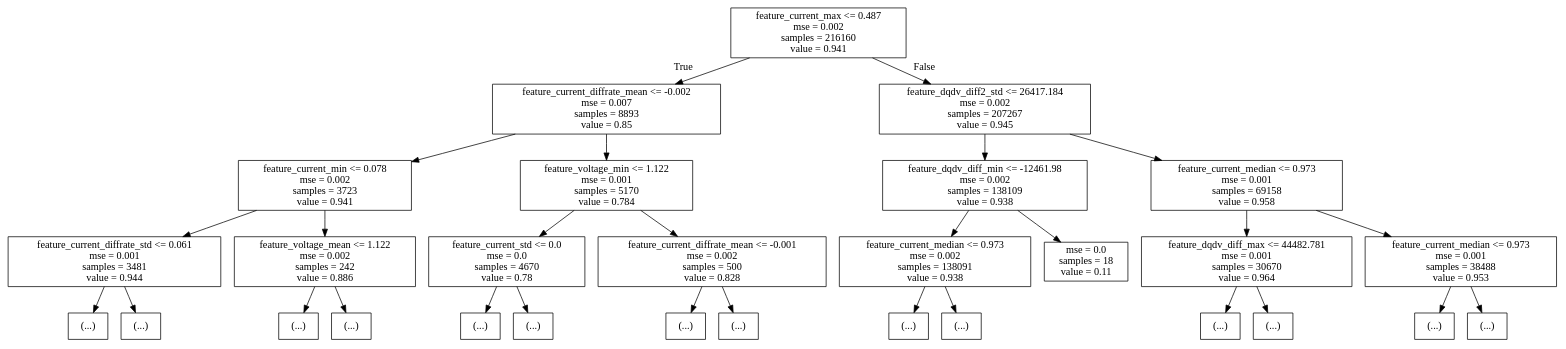
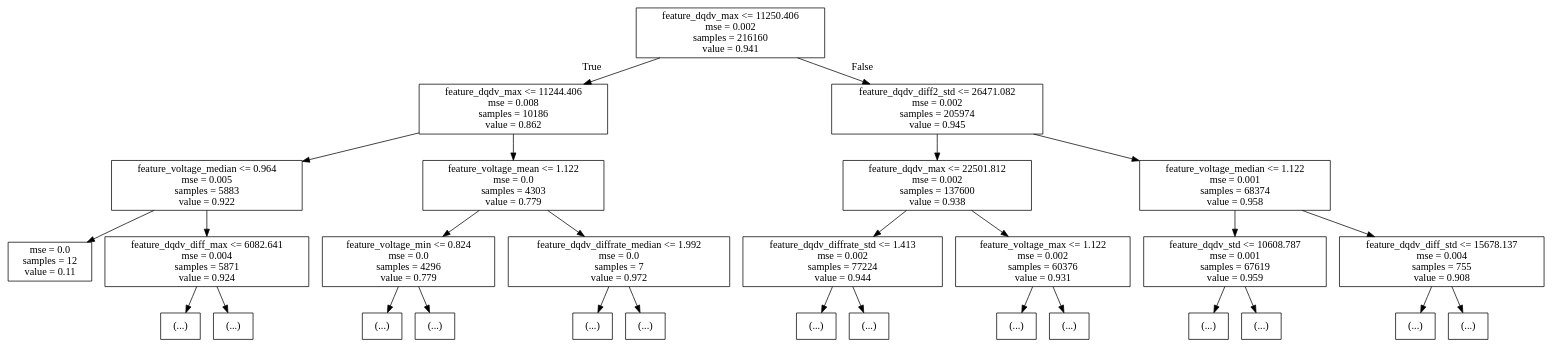
The diagram in charge_g_pkl/dt_depth3.dot (johnnyWzq/cell_test_data), drawn with Graphviz before and after one commit. The commit also changed 19 other files, not shown here.

Commit message:
drop feature of current and new model

```diff
--- a/charge_g_pkl/dt_depth3.dot
+++ b/charge_g_pkl/dt_depth3.dot
@@ -1,60 +1,60 @@
 digraph Tree {
 node [shape=box] ;
-0 [label="feature_current_max <= 0.487\nmse = 0.002\nsamples = 216160\nvalue = 0.941"] ;
-1 [label="feature_current_diffrate_mean <= -0.002\nmse = 0.007\nsamples = 8893\nvalue = 0.85"] ;
+0 [label="feature_dqdv_max <= 11250.406\nmse = 0.002\nsamples = 216160\nvalue = 0.941"] ;
+1 [label="feature_dqdv_max <= 11244.406\nmse = 0.008\nsamples = 10186\nvalue = 0.862"] ;
 0 -> 1 [labeldistance=2.5, labelangle=45, headlabel="True"] ;
-2 [label="feature_current_min <= 0.078\nmse = 0.002\nsamples = 3723\nvalue = 0.941"] ;
+2 [label="feature_voltage_median <= 0.964\nmse = 0.005\nsamples = 5883\nvalue = 0.922"] ;
 1 -> 2 ;
-3 [label="feature_current_diffrate_std <= 0.061\nmse = 0.001\nsamples = 3481\nvalue = 0.944"] ;
+3 [label="mse = 0.0\nsamples = 12\nvalue = 0.11"] ;
 2 -> 3 ;
-4 [label="(...)"] ;
-3 -> 4 ;
-4109 [label="(...)"] ;
-3 -> 4109 ;
-4346 [label="feature_voltage_mean <= 1.122\nmse = 0.002\nsamples = 242\nvalue = 0.886"] ;
-2 -> 4346 ;
-4347 [label="(...)"] ;
-4346 -> 4347 ;
-4360 [label="(...)"] ;
-4346 -> 4360 ;
-4701 [label="feature_voltage_min <= 1.122\nmse = 0.001\nsamples = 5170\nvalue = 0.784"] ;
-1 -> 4701 ;
-4702 [label="feature_current_std <= 0.0\nmse = 0.0\nsamples = 4670\nvalue = 0.78"] ;
-4701 -> 4702 ;
-4703 [label="(...)"] ;
-4702 -> 4703 ;
-5244 [label="(...)"] ;
-4702 -> 5244 ;
-7037 [label="feature_current_diffrate_mean <= -0.001\nmse = 0.002\nsamples = 500\nvalue = 0.828"] ;
-4701 -> 7037 ;
-7038 [label="(...)"] ;
-7037 -> 7038 ;
-7559 [label="(...)"] ;
-7037 -> 7559 ;
-7698 [label="feature_dqdv_diff2_std <= 26417.184\nmse = 0.002\nsamples = 207267\nvalue = 0.945"] ;
-0 -> 7698 [labeldistance=2.5, labelangle=-45, headlabel="False"] ;
-7699 [label="feature_dqdv_diff_min <= -12461.98\nmse = 0.002\nsamples = 138109\nvalue = 0.938"] ;
-7698 -> 7699 ;
-7700 [label="feature_current_median <= 0.973\nmse = 0.002\nsamples = 138091\nvalue = 0.938"] ;
-7699 -> 7700 ;
-7701 [label="(...)"] ;
-7700 -> 7701 ;
-108674 [label="(...)"] ;
-7700 -> 108674 ;
-111671 [label="mse = 0.0\nsamples = 18\nvalue = 0.11"] ;
-7699 -> 111671 ;
-111672 [label="feature_current_median <= 0.973\nmse = 0.001\nsamples = 69158\nvalue = 0.958"] ;
-7698 -> 111672 ;
-111673 [label="feature_dqdv_diff_max <= 44482.781\nmse = 0.001\nsamples = 30670\nvalue = 0.964"] ;
-111672 -> 111673 ;
-111674 [label="(...)"] ;
-111673 -> 111674 ;
-126181 [label="(...)"] ;
-111673 -> 126181 ;
-140070 [label="feature_current_median <= 0.973\nmse = 0.001\nsamples = 38488\nvalue = 0.953"] ;
-111672 -> 140070 ;
-140071 [label="(...)"] ;
-140070 -> 140071 ;
-154962 [label="(...)"] ;
-140070 -> 154962 ;
+4 [label="feature_dqdv_diff_max <= 6082.641\nmse = 0.004\nsamples = 5871\nvalue = 0.924"] ;
+2 -> 4 ;
+5 [label="(...)"] ;
+4 -> 5 ;
+870 [label="(...)"] ;
+4 -> 870 ;
+7649 [label="feature_voltage_mean <= 1.122\nmse = 0.0\nsamples = 4303\nvalue = 0.779"] ;
+1 -> 7649 ;
+7650 [label="feature_voltage_min <= 0.824\nmse = 0.0\nsamples = 4296\nvalue = 0.779"] ;
+7649 -> 7650 ;
+7651 [label="(...)"] ;
+7650 -> 7651 ;
+7692 [label="(...)"] ;
+7650 -> 7692 ;
+9199 [label="feature_dqdv_diffrate_median <= 1.992\nmse = 0.0\nsamples = 7\nvalue = 0.972"] ;
+7649 -> 9199 ;
+9200 [label="(...)"] ;
+9199 -> 9200 ;
+9207 [label="(...)"] ;
+9199 -> 9207 ;
+9212 [label="feature_dqdv_diff2_std <= 26471.082\nmse = 0.002\nsamples = 205974\nvalue = 0.945"] ;
+0 -> 9212 [labeldistance=2.5, labelangle=-45, headlabel="False"] ;
+9213 [label="feature_dqdv_max <= 22501.812\nmse = 0.002\nsamples = 137600\nvalue = 0.938"] ;
+9212 -> 9213 ;
+9214 [label="feature_dqdv_diffrate_std <= 1.413\nmse = 0.002\nsamples = 77224\nvalue = 0.944"] ;
+9213 -> 9214 ;
+9215 [label="(...)"] ;
+9214 -> 9215 ;
+76222 [label="(...)"] ;
+9214 -> 76222 ;
+83023 [label="feature_voltage_max <= 1.122\nmse = 0.002\nsamples = 60376\nvalue = 0.931"] ;
+9213 -> 83023 ;
+83024 [label="(...)"] ;
+83023 -> 83024 ;
+134263 [label="(...)"] ;
+83023 -> 134263 ;
+135072 [label="feature_voltage_median <= 1.122\nmse = 0.001\nsamples = 68374\nvalue = 0.958"] ;
+9212 -> 135072 ;
+135073 [label="feature_dqdv_std <= 10608.787\nmse = 0.001\nsamples = 67619\nvalue = 0.959"] ;
+135072 -> 135073 ;
+135074 [label="(...)"] ;
+135073 -> 135074 ;
+170131 [label="(...)"] ;
+135073 -> 170131 ;
+205000 [label="feature_dqdv_diff_std <= 15678.137\nmse = 0.004\nsamples = 755\nvalue = 0.908"] ;
+135072 -> 205000 ;
+205001 [label="(...)"] ;
+205000 -> 205001 ;
+205620 [label="(...)"] ;
+205000 -> 205620 ;
 }
```
